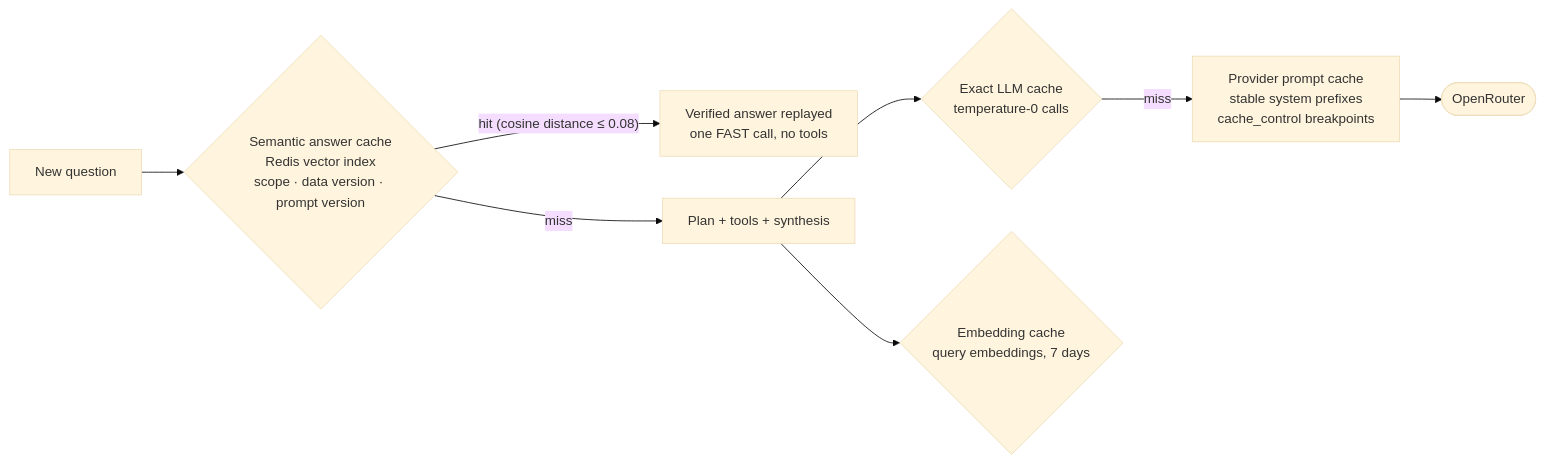
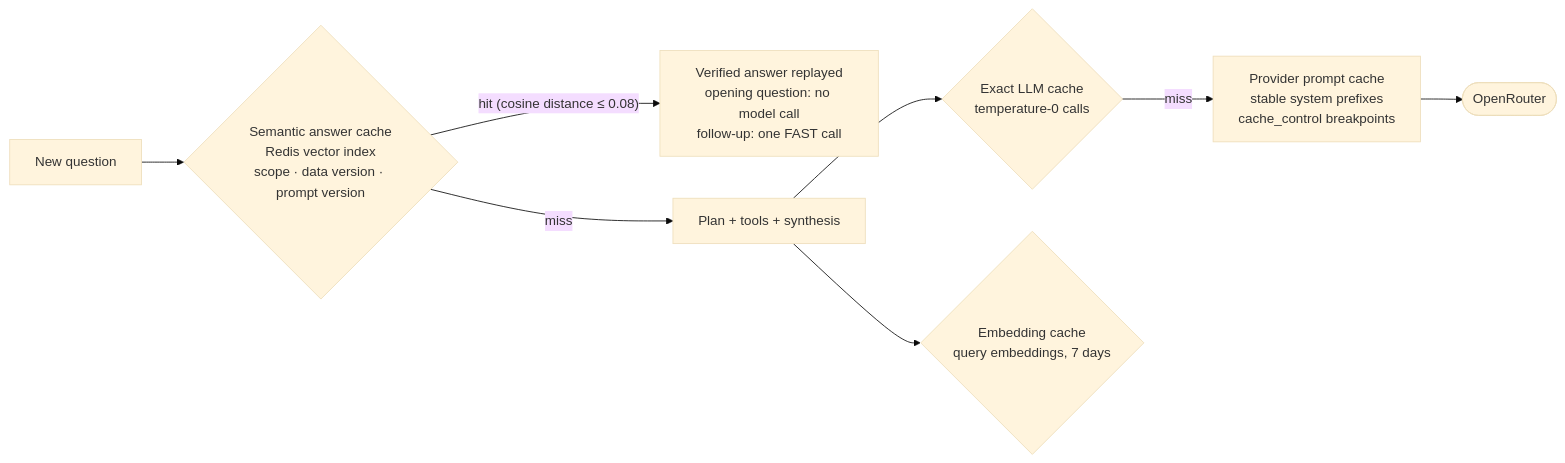
Before and after one commit to syamsruthin/healthguard-agent: the fifth of 7 diagrams in docs/architecture.md, drawn with Mermaid (base theme). The commit also changed other lines of this file and 9 other files, not shown here.

First line of the commit message:
docs: current status, cache-first flow, spend guards, review outcomes

````diff
--- a/docs/architecture.md
+++ b/docs/architecture.md
@@ -146,10 +153,10 @@
 ```mermaid
 flowchart LR
     Q[New question] --> SC{"Semantic answer cache<br/>Redis vector index<br/>scope · data version · prompt version"}
-    SC -- "hit (cosine distance ≤ 0.08)" --> A[Verified answer replayed<br/>one FAST call, no tools]
+    SC -- "hit (cosine distance ≤ 0.08)" --> A[Verified answer replayed<br/>opening question: no model call<br/>follow-up: one FAST call]
     SC -- miss --> P[Plan + tools + synthesis]
     P --> EX{"Exact LLM cache<br/>temperature-0 calls"}
     EX -- miss --> PC["Provider prompt cache<br/>stable system prefixes<br/>cache_control breakpoints"]
     PC --> OR([OpenRouter])
     P --> EC{"Embedding cache<br/>query embeddings, 7 days"}
 ```
````
